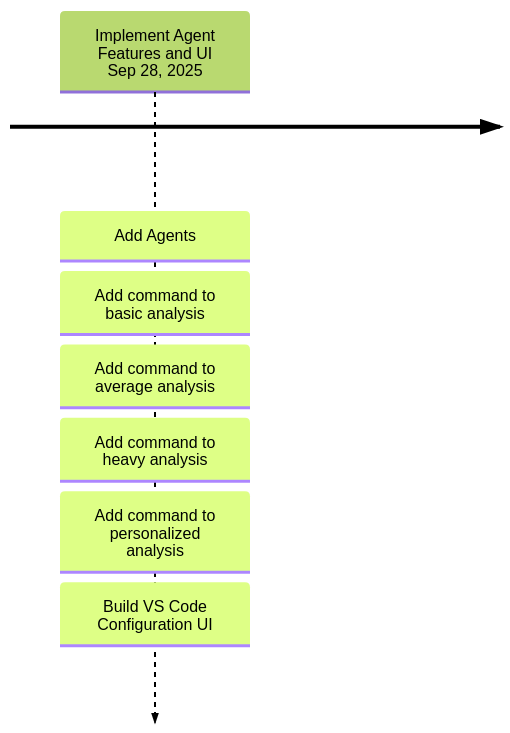
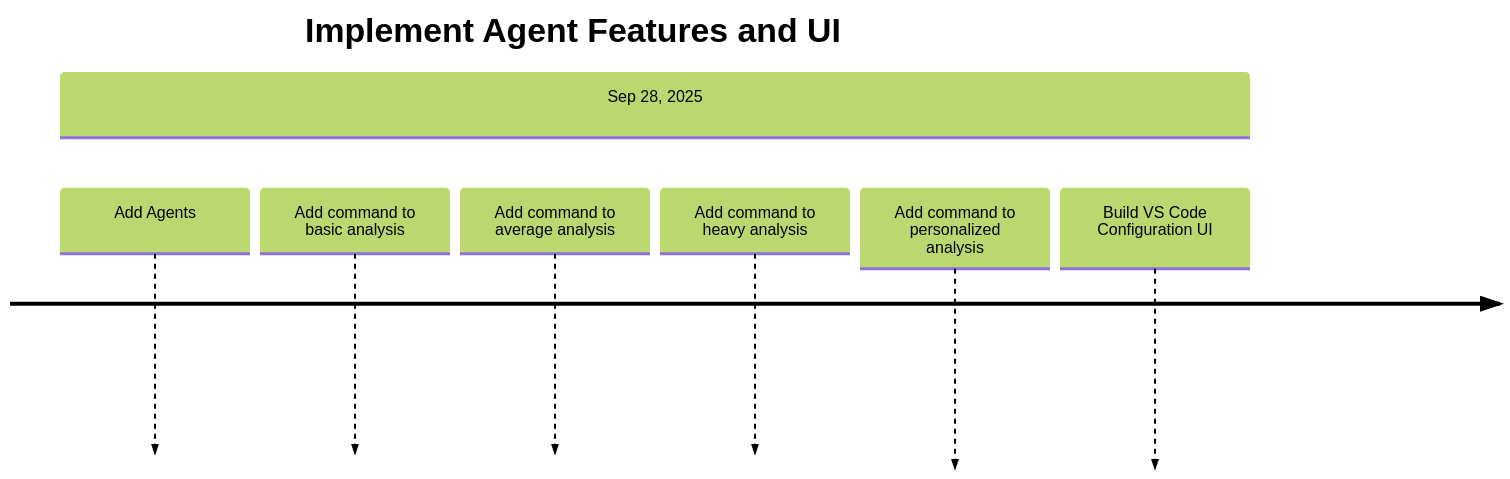
One commit to Nicolas-Botelho/leds-tools-public changed the second of 4 diagrams in docs/code_wise/code_wise_extension/Project_management/2_project_managment.md. Above: the diagram before and after it, drawn with Mermaid. The commit also changed 4 other files, not shown here.

````diff
--- a/docs/code_wise/code_wise_extension/Project_management/2_project_managment.md
+++ b/docs/code_wise/code_wise_extension/Project_management/2_project_managment.md
@@ -91,19 +91,21 @@
 ```mermaid
 
 %%{
   init: {
     'logLevel': 'debug',
     'theme': 'forest',
     'themeCSS': '.taskText, .taskTextOutsideRight, .taskTextOutsideLeft { font-size: 20px; }'
   }
 }%%
 timeline
-
-  Implement Agent Features and UI <br> Sep 28, 2025   : Add Agents
-                                             : Add command to basic analysis
-                                             : Add command to average analysis
-                                             : Add command to heavy analysis
-                                             : Add command to personalized analysis
-                                             : Build VS Code Configuration UI
+    title Implement Agent Features and UI
+    
+    section Sep 28, 2025
+        Add Agents
+        Add command to basic analysis
+        Add command to average analysis
+        Add command to heavy analysis
+        Add command to personalized analysis
+        Build VS Code Configuration UI
 
 ```
````
